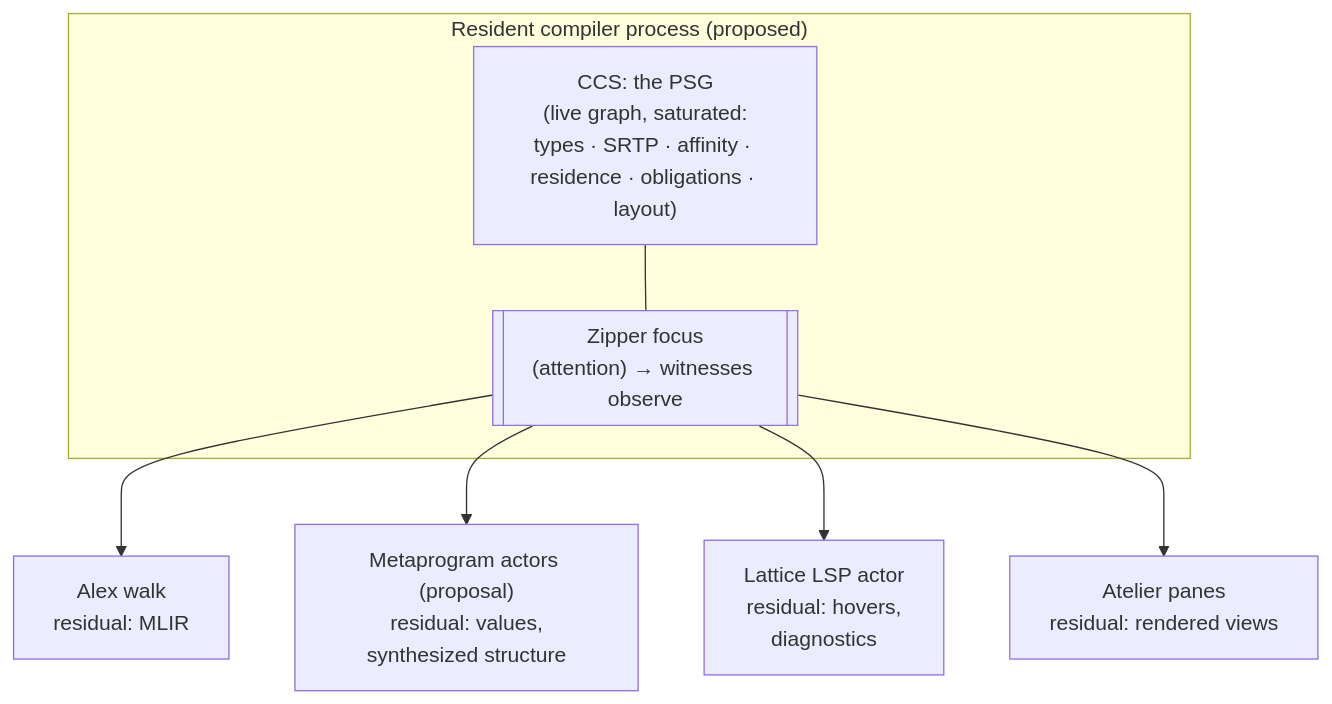
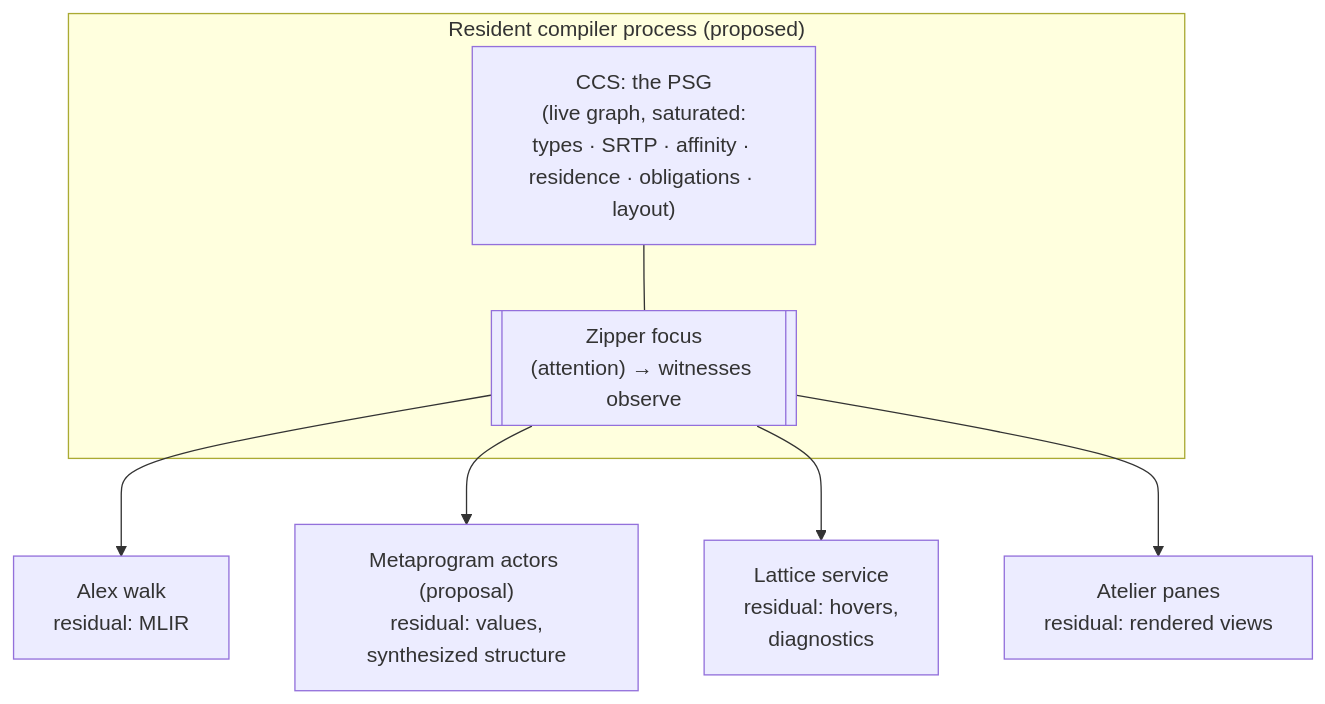
The diagram in docs/11_native_reflection.md (FidelityFramework/Atelier), drawn with Mermaid before and after one commit. The commit also changed other lines of this file and 1 other file, not shown here.

````diff
--- a/docs/11_native_reflection.md
+++ b/docs/11_native_reflection.md
@@ -65,13 +65,13 @@
 ```mermaid
 flowchart TB
     subgraph host["Resident compiler process (proposed)"]
         psg["CCS: the PSG<br/>(live graph, saturated:<br/>types · SRTP · affinity · residence · obligations · layout)"]
         zipper[["Zipper focus<br/>(attention) → witnesses observe"]]
         psg --- zipper
     end
 
     zipper --> alex["Alex walk<br/>residual: MLIR"]
     zipper --> meta["Metaprogram actors (proposal)<br/>residual: values,<br/>synthesized structure"]
-    zipper --> lsp["Lattice LSP actor<br/>residual: hovers,<br/>diagnostics"]
+    zipper --> lsp["Lattice service<br/>residual: hovers,<br/>diagnostics"]
     zipper --> atelier["Atelier panes<br/>residual: rendered views"]
 ```
````
